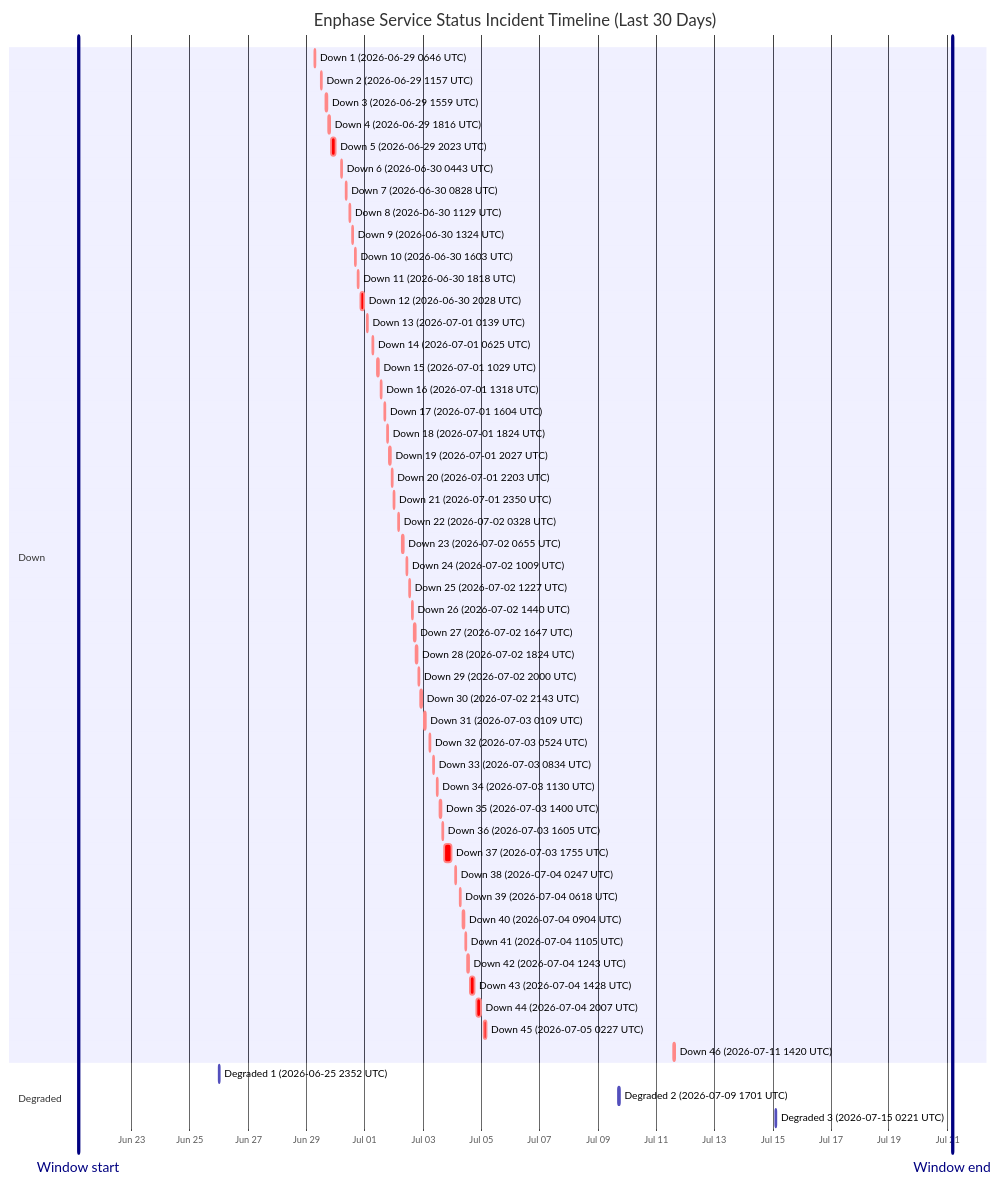
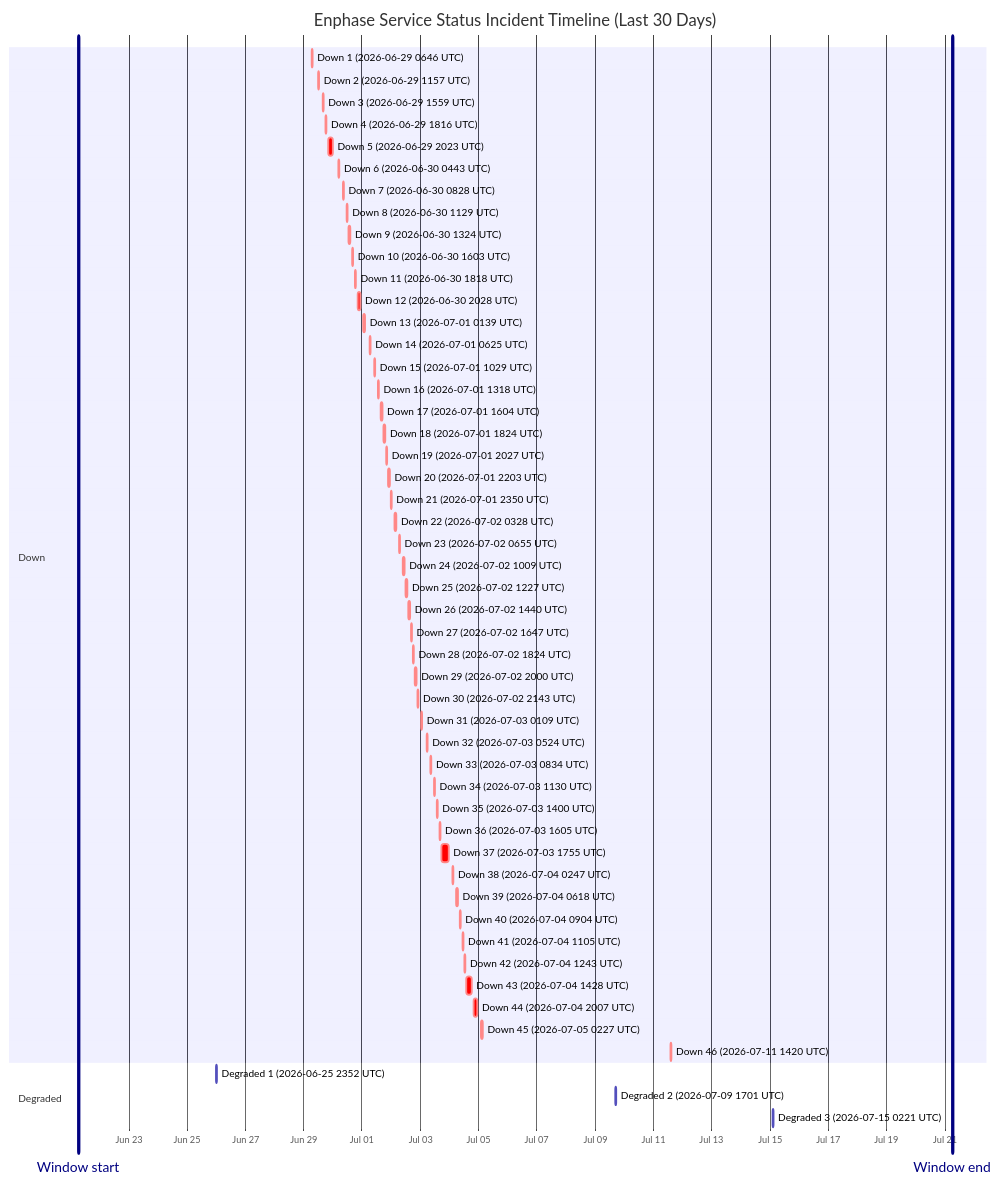
Before and after one commit to barneyonline/ha-enphase-energy: the diagram in wiki/Service-Status-History.md, drawn with Mermaid. The commit also changed other lines of this file and 3 other files, not shown here.

````diff
--- a/wiki/Service-Status-History.md
+++ b/wiki/Service-Status-History.md
@@ -14,59 +14,59 @@
 ```mermaid
 gantt
     title Enphase Service Status Incident Timeline (Last 30 Days)
     dateFormat  YYYY-MM-DDTHH:mm:ss
     axisFormat  %b %d
-    Window start :vert, window-start, 2026-06-21T03:55:08, 0ms
-    Window end :vert, window-end, 2026-07-21T03:55:08, 0ms
+    Window start :vert, window-start, 2026-06-21T06:26:30, 0ms
+    Window end :vert, window-end, 2026-07-21T06:26:30, 0ms
     section Down
     Down 1 (2026-06-29 0646 UTC) :crit, down-1, 2026-06-29T06:46:18, 60m
     Down 2 (2026-06-29 1157 UTC) :crit, down-2, 2026-06-29T11:57:36, 60m
     Down 3 (2026-06-29 1559 UTC) :crit, down-3, 2026-06-29T15:59:02, 60m
     Down 4 (2026-06-29 1816 UTC) :crit, down-4, 2026-06-29T18:16:38, 60m
     Down 5 (2026-06-29 2023 UTC) :crit, down-5, 2026-06-29T20:23:16, 220m
     Down 6 (2026-06-30 0443 UTC) :crit, down-6, 2026-06-30T04:43:54, 60m
     Down 7 (2026-06-30 0828 UTC) :crit, down-7, 2026-06-30T08:28:43, 60m
     Down 8 (2026-06-30 1129 UTC) :crit, down-8, 2026-06-30T11:29:15, 60m
     Down 9 (2026-06-30 1324 UTC) :crit, down-9, 2026-06-30T13:24:25, 60m
     Down 10 (2026-06-30 1603 UTC) :crit, down-10, 2026-06-30T16:03:26, 60m
     Down 11 (2026-06-30 1818 UTC) :crit, down-11, 2026-06-30T18:18:39, 60m
     Down 12 (2026-06-30 2028 UTC) :crit, down-12, 2026-06-30T20:28:54, 171m
     Down 13 (2026-07-01 0139 UTC) :crit, down-13, 2026-07-01T01:39:18, 60m
     Down 14 (2026-07-01 0625 UTC) :crit, down-14, 2026-07-01T06:25:35, 60m
     Down 15 (2026-07-01 1029 UTC) :crit, down-15, 2026-07-01T10:29:24, 60m
     Down 16 (2026-07-01 1318 UTC) :crit, down-16, 2026-07-01T13:18:31, 60m
     Down 17 (2026-07-01 1604 UTC) :crit, down-17, 2026-07-01T16:04:29, 60m
     Down 18 (2026-07-01 1824 UTC) :crit, down-18, 2026-07-01T18:24:21, 60m
     Down 19 (2026-07-01 2027 UTC) :crit, down-19, 2026-07-01T20:27:17, 60m
     Down 20 (2026-07-01 2203 UTC) :crit, down-20, 2026-07-01T22:03:46, 60m
     Down 21 (2026-07-01 2350 UTC) :crit, down-21, 2026-07-01T23:50:52, 60m
     Down 22 (2026-07-02 0328 UTC) :crit, down-22, 2026-07-02T03:28:33, 60m
     Down 23 (2026-07-02 0655 UTC) :crit, down-23, 2026-07-02T06:55:07, 60m
     Down 24 (2026-07-02 1009 UTC) :crit, down-24, 2026-07-02T10:09:15, 60m
     Down 25 (2026-07-02 1227 UTC) :crit, down-25, 2026-07-02T12:27:49, 60m
     Down 26 (2026-07-02 1440 UTC) :crit, down-26, 2026-07-02T14:40:53, 60m
     Down 27 (2026-07-02 1647 UTC) :crit, down-27, 2026-07-02T16:47:47, 60m
     Down 28 (2026-07-02 1824 UTC) :crit, down-28, 2026-07-02T18:24:26, 60m
     Down 29 (2026-07-02 2000 UTC) :crit, down-29, 2026-07-02T20:00:57, 60m
     Down 30 (2026-07-02 2143 UTC) :crit, down-30, 2026-07-02T21:43:52, 80m
     Down 31 (2026-07-03 0109 UTC) :crit, down-31, 2026-07-03T01:09:19, 60m
     Down 32 (2026-07-03 0524 UTC) :crit, down-32, 2026-07-03T05:24:23, 60m
     Down 33 (2026-07-03 0834 UTC) :crit, down-33, 2026-07-03T08:34:05, 60m
     Down 34 (2026-07-03 1130 UTC) :crit, down-34, 2026-07-03T11:30:41, 60m
     Down 35 (2026-07-03 1400 UTC) :crit, down-35, 2026-07-03T14:00:48, 60m
     Down 36 (2026-07-03 1605 UTC) :crit, down-36, 2026-07-03T16:05:49, 60m
     Down 37 (2026-07-03 1755 UTC) :crit, down-37, 2026-07-03T17:55:54, 338m
     Down 38 (2026-07-04 0247 UTC) :crit, down-38, 2026-07-04T02:47:22, 60m
     Down 39 (2026-07-04 0618 UTC) :crit, down-39, 2026-07-04T06:18:09, 60m
     Down 40 (2026-07-04 0904 UTC) :crit, down-40, 2026-07-04T09:04:41, 60m
     Down 41 (2026-07-04 1105 UTC) :crit, down-41, 2026-07-04T11:05:21, 60m
     Down 42 (2026-07-04 1243 UTC) :crit, down-42, 2026-07-04T12:43:25, 60m
     Down 43 (2026-07-04 1428 UTC) :crit, down-43, 2026-07-04T14:28:07, 243m
     Down 44 (2026-07-04 2007 UTC) :crit, down-44, 2026-07-04T20:07:50, 206m
     Down 45 (2026-07-05 0227 UTC) :crit, down-45, 2026-07-05T02:27:32, 109m
     Down 46 (2026-07-11 1420 UTC) :crit, down-46, 2026-07-11T14:20:54, 69m
     section Degraded
     Degraded 1 (2026-06-25 2352 UTC) :active, degraded-1, 2026-06-25T23:52:01, 60m
     Degraded 2 (2026-07-09 1701 UTC) :active, degraded-2, 2026-07-09T17:01:02, 60m
     Degraded 3 (2026-07-15 0221 UTC) :active, degraded-3, 2026-07-15T02:21:35, 60m
 ```
````
